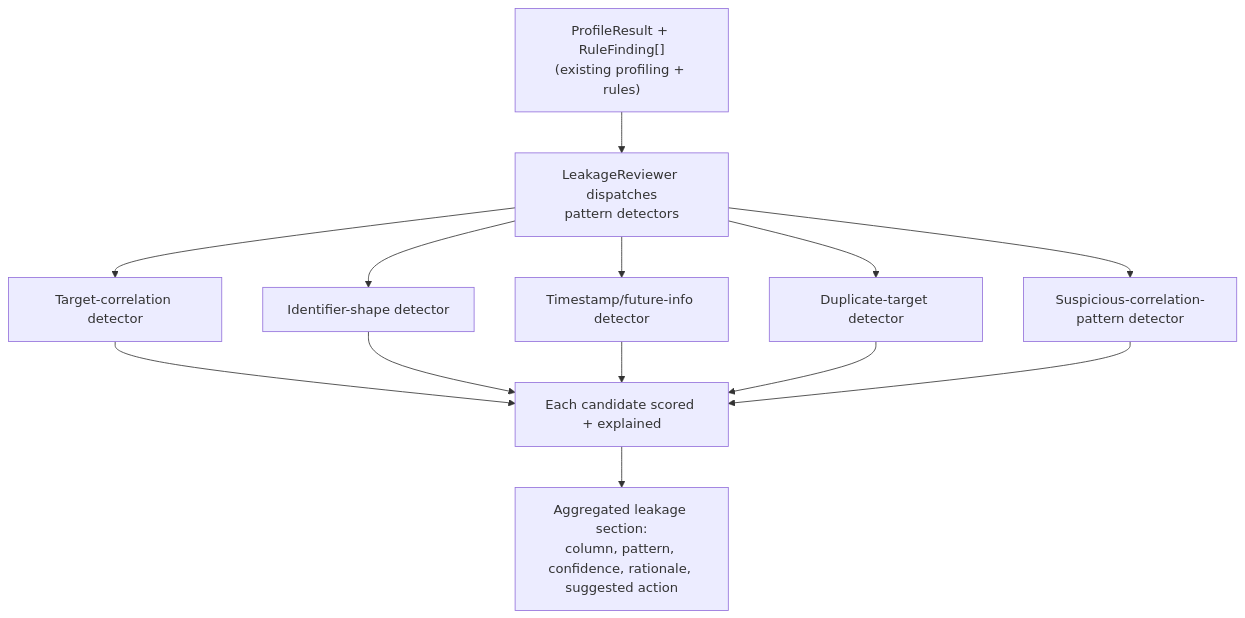
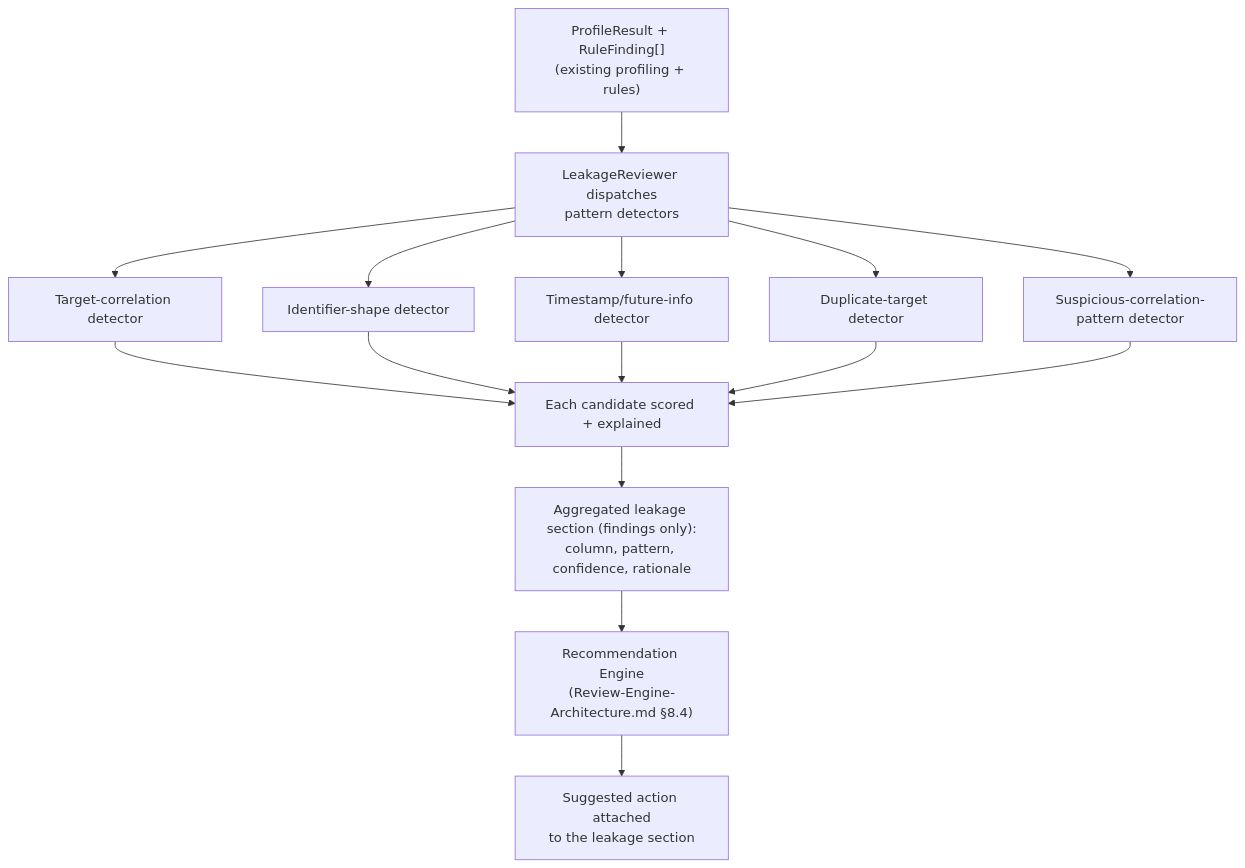
One commit to adityagangwani30/FeatureSmith changed the second of 4 diagrams in docs/features/Dataset-Diff-And-Leakage-Detection.md. Above: the diagram before and after it, drawn with Mermaid. The commit also changed other lines of this file and 13 other files, not shown here.

Commit message:
docs: synchronize architecture and implementation for v0.2.0

````diff
--- a/docs/features/Dataset-Diff-And-Leakage-Detection.md
+++ b/docs/features/Dataset-Diff-And-Leakage-Detection.md
@@ -67,15 +67,17 @@
 ```mermaid
 flowchart TB
     A["ProfileResult + RuleFinding[]\n(existing profiling + rules)"] --> B["LeakageReviewer dispatches\npattern detectors"]
     B --> C1["Target-correlation detector"]
     B --> C2["Identifier-shape detector"]
     B --> C3["Timestamp/future-info detector"]
     B --> C4["Duplicate-target detector"]
     B --> C5["Suspicious-correlation-pattern detector"]
     C1 --> D["Each candidate scored + explained"]
     C2 --> D
     C3 --> D
     C4 --> D
     C5 --> D
-    D --> E["Aggregated leakage section:\ncolumn, pattern, confidence, rationale, suggested action"]
+    D --> E["Aggregated leakage section (findings only):\ncolumn, pattern, confidence, rationale"]
+    E --> F["Recommendation Engine\n(Review-Engine-Architecture.md §8.4)"]
+    F --> G["Suggested action attached\nto the leakage section"]
 ```
````
